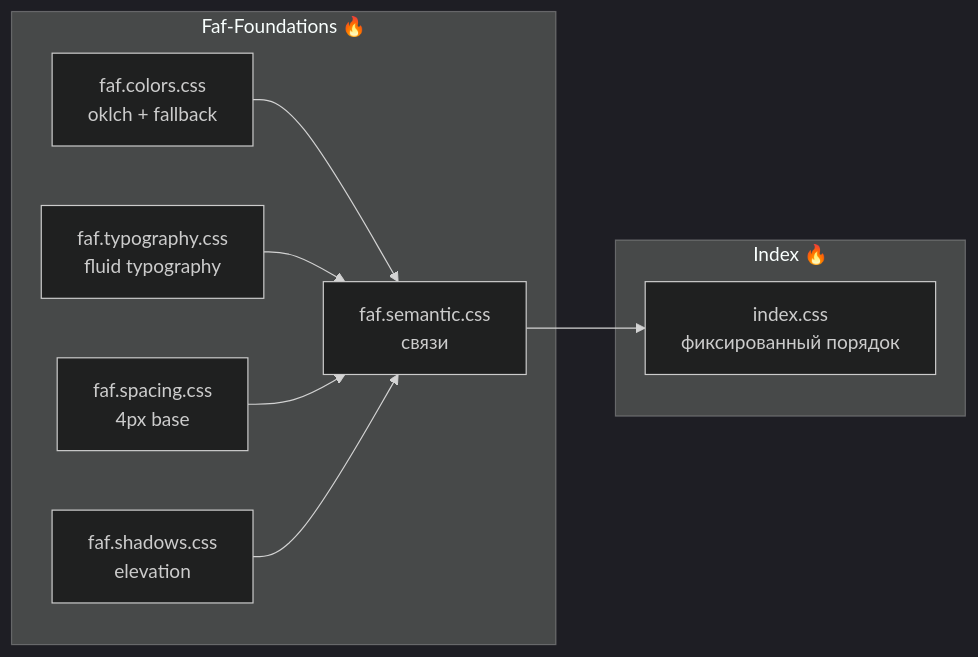
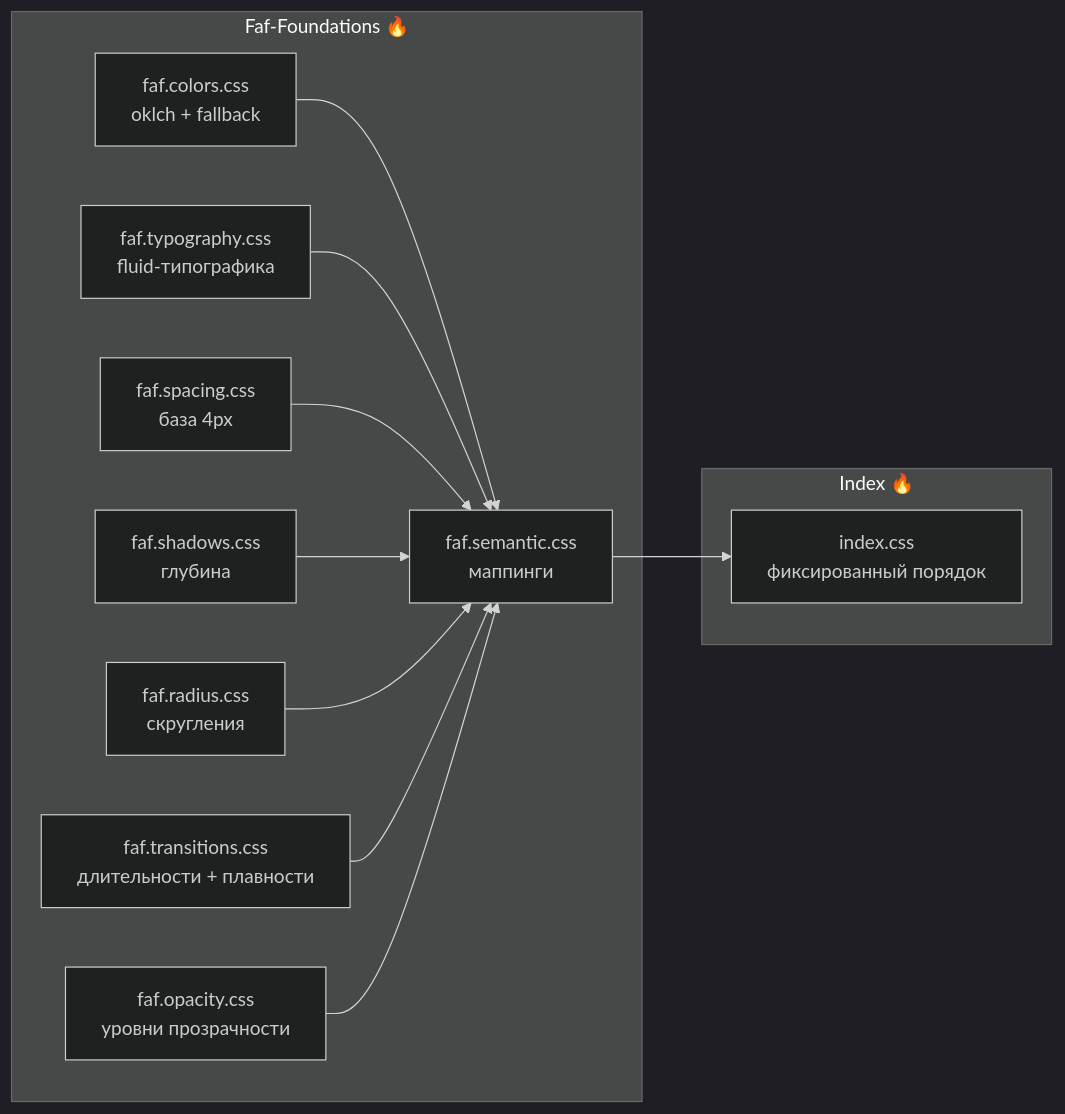
Before and after one commit to Kotrecon/faf-design-system: the second of 4 diagrams in packages/foundations/README.ru.md, drawn with Mermaid (dark theme). The commit also changed other lines of this file and 42 other files, not shown here.

````diff
--- a/packages/foundations/README.ru.md
+++ b/packages/foundations/README.ru.md
@@ -104,21 +122,27 @@
 ```mermaid
 flowchart LR
     subgraph "Faf-Foundations 🔥"
         COLORS[faf.colors.css<br/>oklch + fallback]
-        TYPO[faf.typography.css<br/>fluid typography]
-        SPACE[faf.spacing.css<br/>4px base]
-        SHADOWS[faf.shadows.css<br/>elevation]
-        SEMANTIC[faf.semantic.css<br/>связи]
+        TYPO[faf.typography.css<br/>fluid-типографика]
+        SPACE[faf.spacing.css<br/>база 4px]
+        SHADOWS[faf.shadows.css<br/>глубина]
+        RADIUS[faf.radius.css<br/>скругления]
+        TRANSITIONS[faf.transitions.css<br/>длительности + плавности]
+        OPACITY[faf.opacity.css<br/>уровни прозрачности]
+        SEMANTIC[faf.semantic.css<br/>маппинги]
     end
 
     subgraph "Index 🔥"
         INDEX[index.css<br/>фиксированный порядок]
     end
 
     COLORS --> SEMANTIC
     TYPO --> SEMANTIC
     SPACE --> SEMANTIC
     SHADOWS --> SEMANTIC
+    RADIUS --> SEMANTIC
+    TRANSITIONS --> SEMANTIC
+    OPACITY --> SEMANTIC
 
     SEMANTIC --> INDEX
 ```
````
